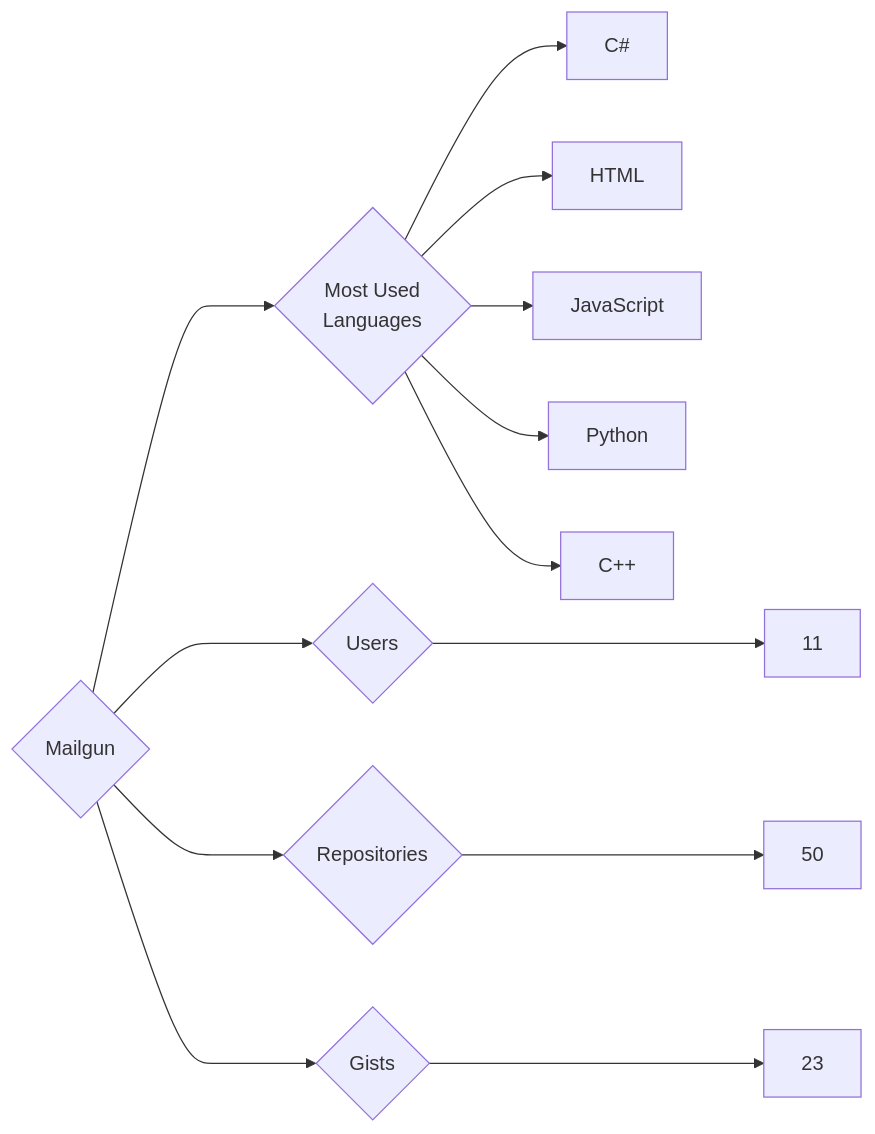
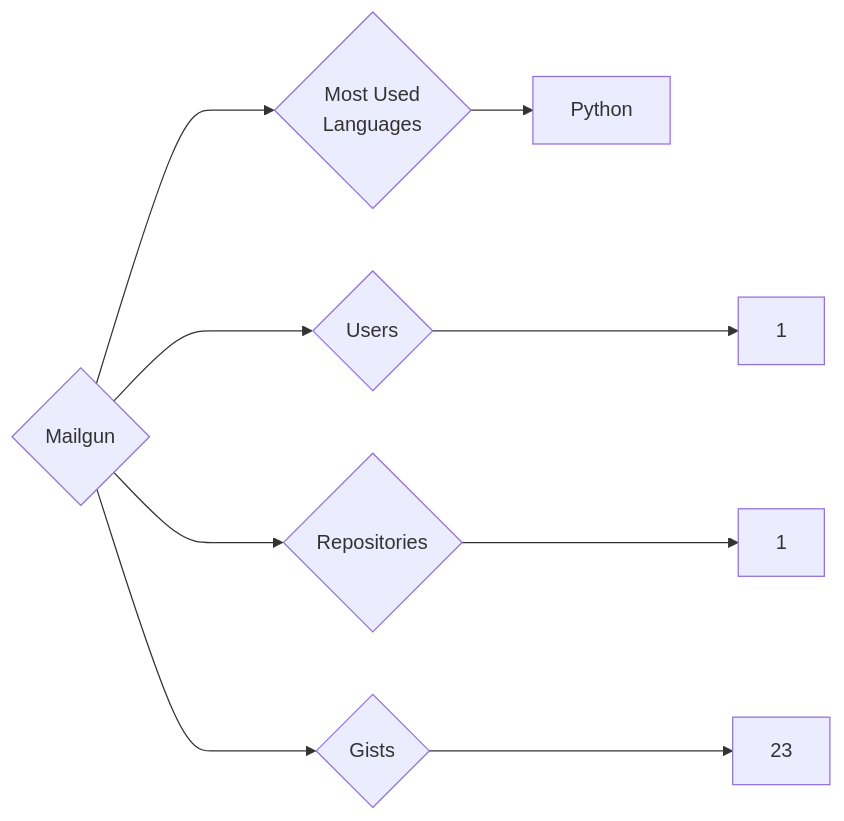
Before and after one commit to trickest/insiders: the diagram in targets/Mailgun/README.md, drawn with Mermaid. The commit also changed 914 other files, not shown here.

````diff
--- a/targets/Mailgun/README.md
+++ b/targets/Mailgun/README.md
@@ -3,13 +3,9 @@
 ```mermaid
 graph LR
 COMPANY_NAME{Mailgun}
-COMPANY_NAME ---> U{Users} ---> UN[11]
-COMPANY_NAME ---> R{Repositories} ---> RN[50]
+COMPANY_NAME ---> U{Users} ---> UN[1]
+COMPANY_NAME ---> R{Repositories} ---> RN[1]
 COMPANY_NAME ---> G{Gists} ---> GN[23]
 COMPANY_NAME ---> ML{Most Used<br>Languages}
-ML --> C#[C#]
-ML --> HTML[HTML]
-ML --> JavaScript[JavaScript]
 ML --> Python[Python]
-ML --> C++[C++]
 ```
````
